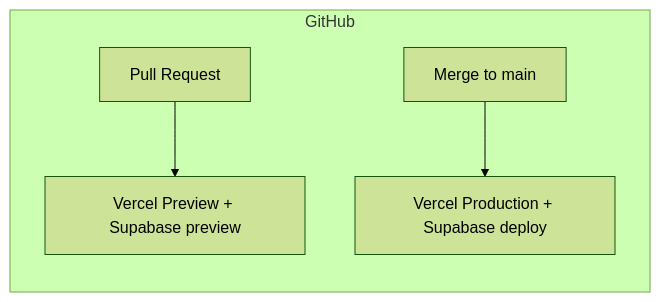
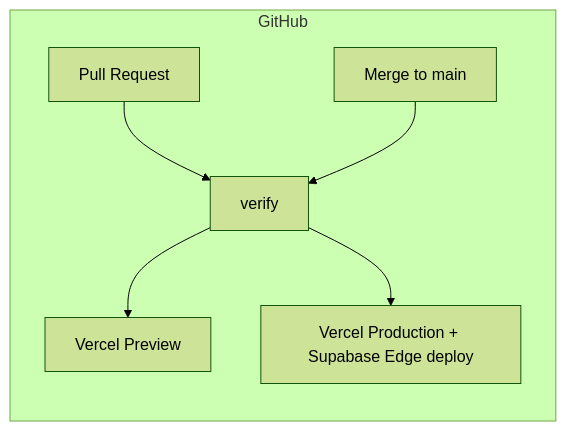
Diagram 14 of 15 in ARCHITECTURE.md (lcorbitt/cordial), drawn with Mermaid (forest theme) before and after one commit. The commit also changed other lines of this file and 6 other files, not shown here.

Commit message:
Gate deploy on verify

````diff
--- a/ARCHITECTURE.md
+++ b/ARCHITECTURE.md
@@ -992,7 +995,9 @@
 ```mermaid
 flowchart LR
     subgraph GitHub
-        PR[Pull Request] --> PREVIEW[Vercel Preview + Supabase preview]
-        MAIN[Merge to main] --> PROD[Vercel Production + Supabase deploy]
+        PR[Pull Request] --> VERIFY[verify]
+        MAIN[Merge to main] --> VERIFY
+        VERIFY --> PREVIEW[Vercel Preview]
+        VERIFY --> PROD[Vercel Production + Supabase Edge deploy]
     end
 ```
````
